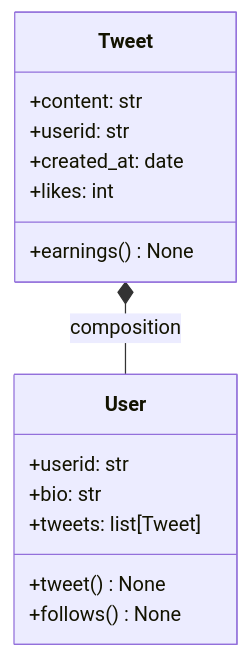
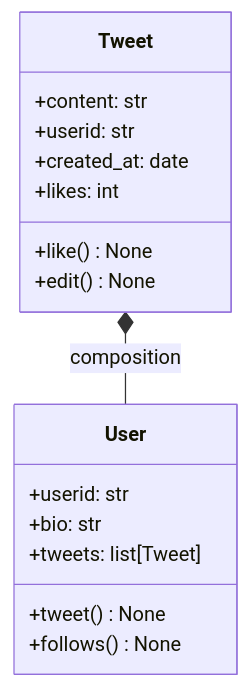
The diagram in src/site/notes/1️⃣ School 🎓/Winter 2023/CSC148/Lecture Notes/Week 2.1 - Classes.md (OulinG138/My-Notes---digitalgarden), drawn with Mermaid before and after one commit.

Commit message:
Update note 1️⃣ School 🎓/Winter 2023/CSC148/Lecture Notes/Week 2.1 - Classes.md

````diff
--- a/src/site/notes/1️⃣ School 🎓/Winter 2023/CSC148/Lecture Notes/Week 2.1 - Classes.md
+++ b/src/site/notes/1️⃣ School 🎓/Winter 2023/CSC148/Lecture Notes/Week 2.1 - Classes.md
@@ -31,19 +31,20 @@
 ```mermaid
 classDiagram
 direction TD
 	Tweet *-- User: composition
 	class Tweet{
 		+content: str
 		+userid: str
 		+created_at: date
 		+likes: int
-		+earnings() None
+		+like() None
+		+edit() None
 		}
 	class User{
 		+userid: str
 		+bio: str
 		+tweets: list[Tweet]  
 		+tweet() None
 		+follows() None
 	}
 ```
````
